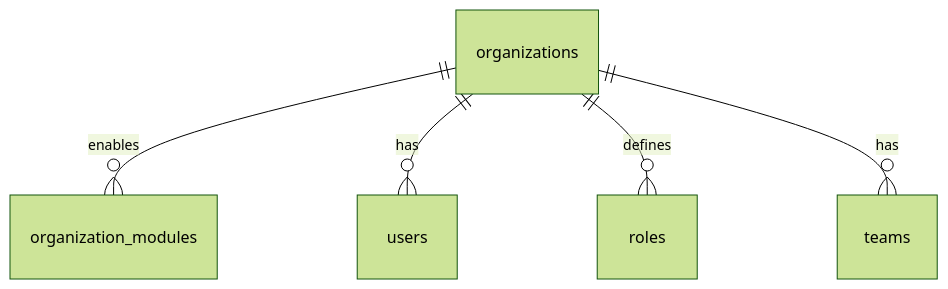
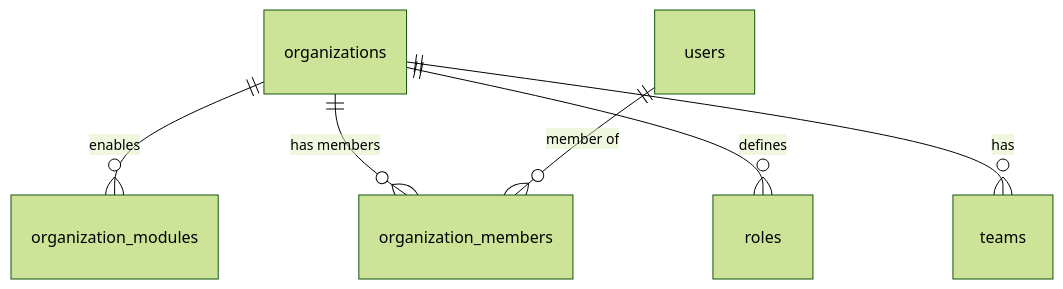
Before and after one commit to MoShahan/hilite-multi-org-erp: the second of 5 diagrams in docs/er-diagram.md, drawn with Mermaid (forest theme). The commit also changed other lines of this file and 40 other files, not shown here.

````diff
--- a/docs/er-diagram.md
+++ b/docs/er-diagram.md
@@ -179,7 +193,8 @@
 ```mermaid
 erDiagram
     organizations ||--o{ organization_modules : "enables"
-    organizations ||--o{ users : "has"
+    organizations ||--o{ organization_members : "has members"
+    users ||--o{ organization_members : "member of"
     organizations ||--o{ roles : "defines"
     organizations ||--o{ teams : "has"
 ```
````
